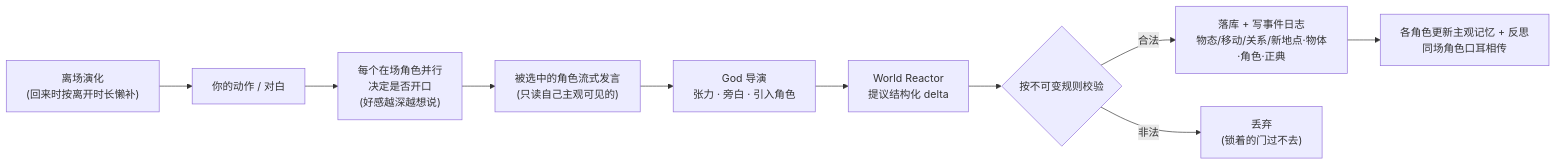
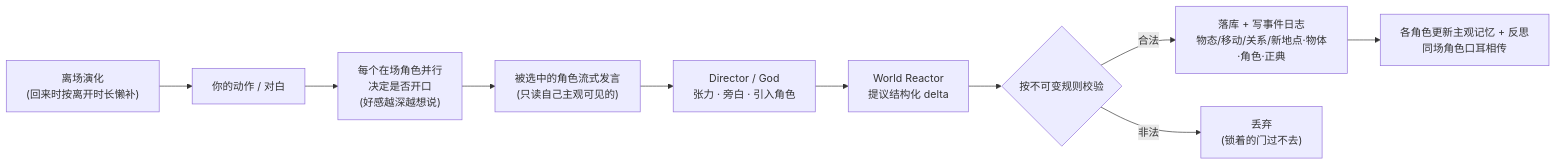
One commit to s-JoL/anywhere-door changed the first of 2 diagrams in README.md. Above: the diagram before and after it, drawn with Mermaid. The commit also changed other lines of this file and 6 other files, not shown here.

Commit message:
docs: align product design charter and roadmap

````diff
--- a/README.md
+++ b/README.md
@@ -105,12 +107,12 @@
 ```mermaid
 flowchart LR
   R0["离场演化<br/>(回来时按离开时长懒补)"] --> P["你的动作 / 对白"]
   P --> I["每个在场角色并行<br/>决定是否开口<br/>(好感越深越想说)"]
   I --> S["被选中的角色流式发言<br/>(只读自己主观可见的)"]
-  S --> D["God 导演<br/>张力 · 旁白 · 引入角色"]
+  S --> D["Director / God<br/>张力 · 旁白 · 引入角色"]
   D --> Rx["World Reactor<br/>提议结构化 delta"]
   Rx --> V{"按不可变规则校验"}
   V -->|合法| C["落库 + 写事件日志<br/>物态/移动/关系/新地点·物体·角色·正典"]
   V -->|非法| X["丢弃<br/>(锁着的门过不去)"]
   C --> M["各角色更新主观记忆 + 反思<br/>同场角色口耳相传"]
 ```
````
